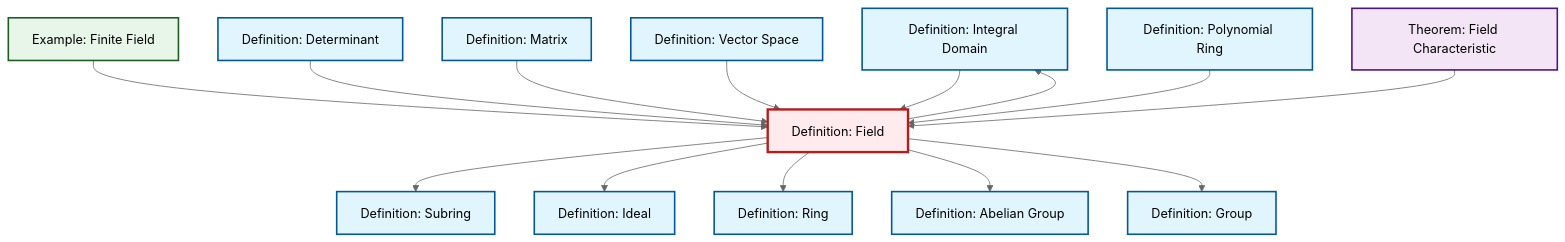
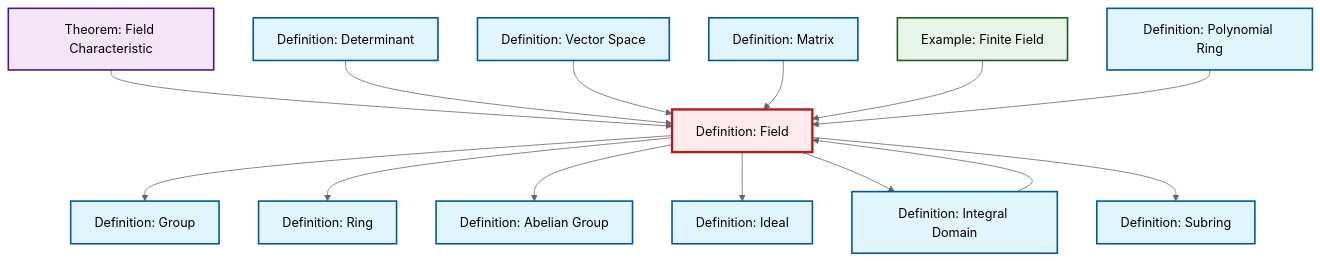
Before and after one commit to RK0429/ModernMath: the diagram in content/ja/algebra/def-field.qmd, drawn with Mermaid (neutral theme). The commit also changed other lines of this file and 634 other files, not shown here.

First line of the commit message:
feat: Add prime ideal definition with comprehensive cross-references

````diff
--- a/content/ja/algebra/def-field.qmd
+++ b/content/ja/algebra/def-field.qmd
@@ -60,48 +60,48 @@
 ```{mermaid}
 %%| fig-cap: "Local dependency graph"
 graph TD
     classDef definition fill:#e1f5fe,stroke:#01579b,stroke-width:2px
     classDef theorem fill:#f3e5f5,stroke:#4a148c,stroke-width:2px
     classDef axiom fill:#fff3e0,stroke:#e65100,stroke-width:2px
     classDef example fill:#e8f5e9,stroke:#1b5e20,stroke-width:2px
     classDef current fill:#ffebee,stroke:#b71c1c,stroke-width:3px
+    def-group["Definition: Group"]:::definition
+    def-abelian-group["Definition: Abelian Group"]:::definition
+    def-polynomial-ring["Definition: Polynomial Ring"]:::definition
+    def-ring["Definition: Ring"]:::definition
     def-integral-domain["Definition: Integral Domain"]:::definition
-    def-abelian-group["Definition: Abelian Group"]:::definition
-    def-group["Definition: Group"]:::definition
+    def-subring["Definition: Subring"]:::definition
+    def-field["Definition: Field"]:::definition
     ex-finite-field["Example: Finite Field"]:::example
     def-determinant["Definition: Determinant"]:::definition
+    def-matrix["Definition: Matrix"]:::definition
+    def-vector-space["Definition: Vector Space"]:::definition
     def-ideal["Definition: Ideal"]:::definition
     thm-field-characteristic["Theorem: Field Characteristic"]:::theorem
-    def-subring["Definition: Subring"]:::definition
-    def-polynomial-ring["Definition: Polynomial Ring"]:::definition
-    def-matrix["Definition: Matrix"]:::definition
-    def-field["Definition: Field"]:::definition
-    def-ring["Definition: Ring"]:::definition
-    def-vector-space["Definition: Vector Space"]:::definition
-    def-field --> def-subring
-    def-field --> def-ideal
+    def-field --> def-group
     def-field --> def-ring
     def-field --> def-abelian-group
+    thm-field-characteristic --> def-field
+    def-determinant --> def-field
+    def-field --> def-ideal
+    def-vector-space --> def-field
+    def-matrix --> def-field
+    def-integral-domain --> def-field
+    def-field --> def-integral-domain
+    def-field --> def-subring
     ex-finite-field --> def-field
-    def-determinant --> def-field
-    def-field --> def-integral-domain
-    def-integral-domain --> def-field
-    def-matrix --> def-field
-    def-field --> def-group
-    def-vector-space --> def-field
     def-polynomial-ring --> def-field
-    thm-field-characteristic --> def-field
     class def-field current
+    click def-group "def-group.html" "Definition: Groupへ"
+    click def-abelian-group "def-abelian-group.html" "Definition: Abelian Groupへ"
+    click def-polynomial-ring "def-polynomial-ring.html" "Definition: Polynomial Ringへ"
+    click def-ring "def-ring.html" "Definition: Ringへ"
     click def-integral-domain "def-integral-domain.html" "Definition: Integral Domainへ"
-    click def-abelian-group "def-abelian-group.html" "Definition: Abelian Groupへ"
-    click def-group "def-group.html" "Definition: Groupへ"
+    click def-subring "def-subring.html" "Definition: Subringへ"
     click ex-finite-field "ex-finite-field.html" "Example: Finite Fieldへ"
     click def-determinant "def-determinant.html" "Definition: Determinantへ"
+    click def-matrix "def-matrix.html" "Definition: Matrixへ"
+    click def-vector-space "def-vector-space.html" "Definition: Vector Spaceへ"
     click def-ideal "def-ideal.html" "Definition: Idealへ"
     click thm-field-characteristic "thm-field-characteristic.html" "Theorem: Field Characteristicへ"
-    click def-subring "def-subring.html" "Definition: Subringへ"
-    click def-polynomial-ring "def-polynomial-ring.html" "Definition: Polynomial Ringへ"
-    click def-matrix "def-matrix.html" "Definition: Matrixへ"
-    click def-ring "def-ring.html" "Definition: Ringへ"
-    click def-vector-space "def-vector-space.html" "Definition: Vector Spaceへ"
 ```
````
